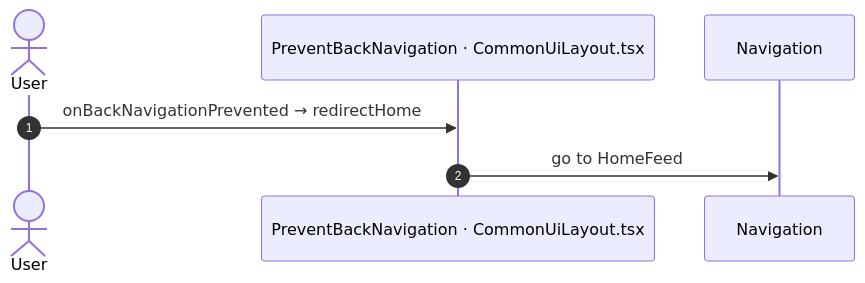
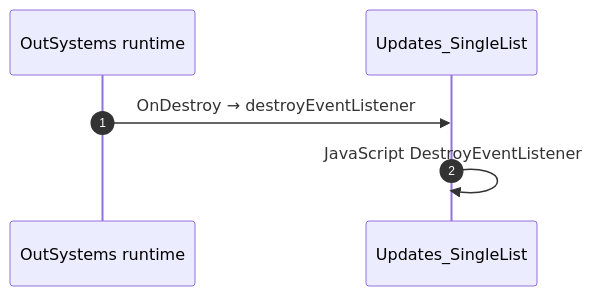
One commit to Phoenix-DX/connect-new-ui changed diagram 12 of 12 in route-actions/routes/Updates_SingleList.md. Above: the diagram before and after it, drawn with Mermaid. The commit also changed other lines of this file and 52 other files, not shown here.

Commit message:
route actions: all 51 routes in layout v2 (40 differences: 38 calls, 2 navigation parameters)

````diff
--- a/route-actions/routes/Updates_SingleList.md
+++ b/route-actions/routes/Updates_SingleList.md
@@ -864,9 +408,8 @@
 ```mermaid
 sequenceDiagram
   autonumber
-  actor U as User
-  participant H as PreventBackNavigation · CommonUiLayout.tsx
-  participant N as Navigation
-  U->>H: onBackNavigationPrevented → redirectHome
-  H->>N: go to HomeFeed
+  participant R as OutSystems runtime
+  participant B as Updates_SingleList
+  R->>B: OnDestroy → destroyEventListener
+  B->>B: JavaScript DestroyEventListener
 ```
````
